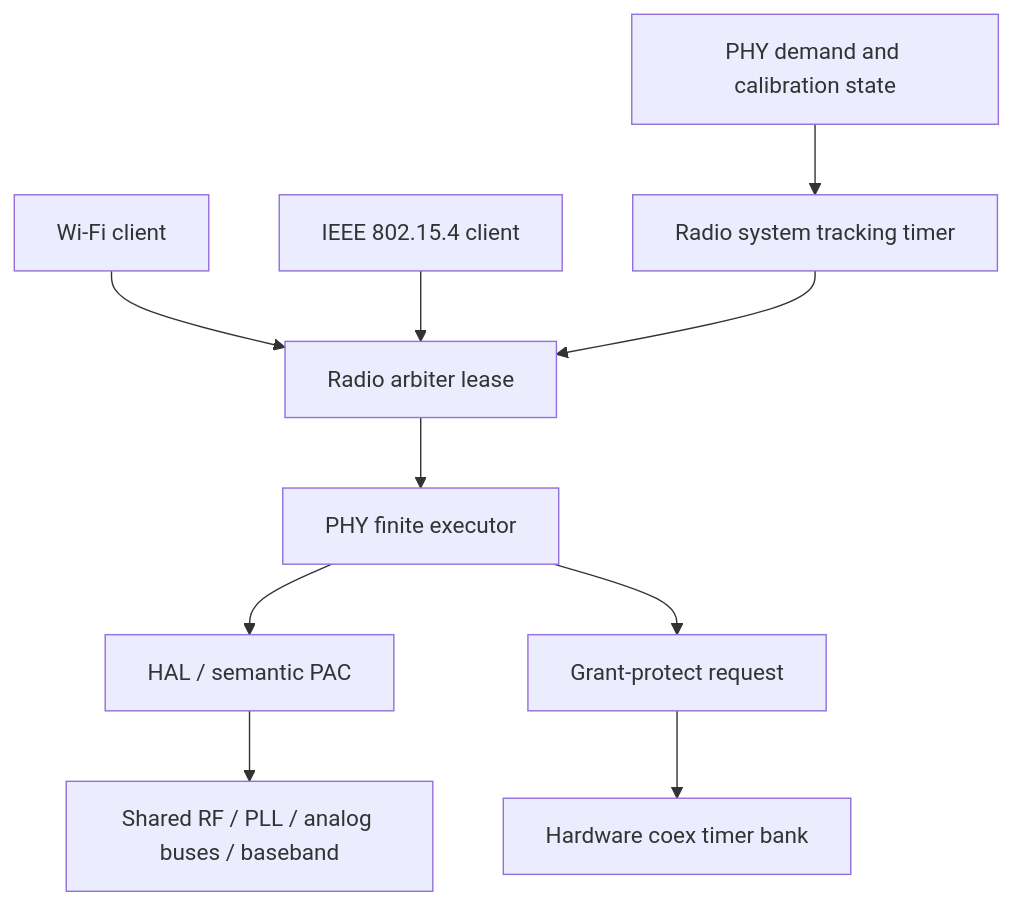
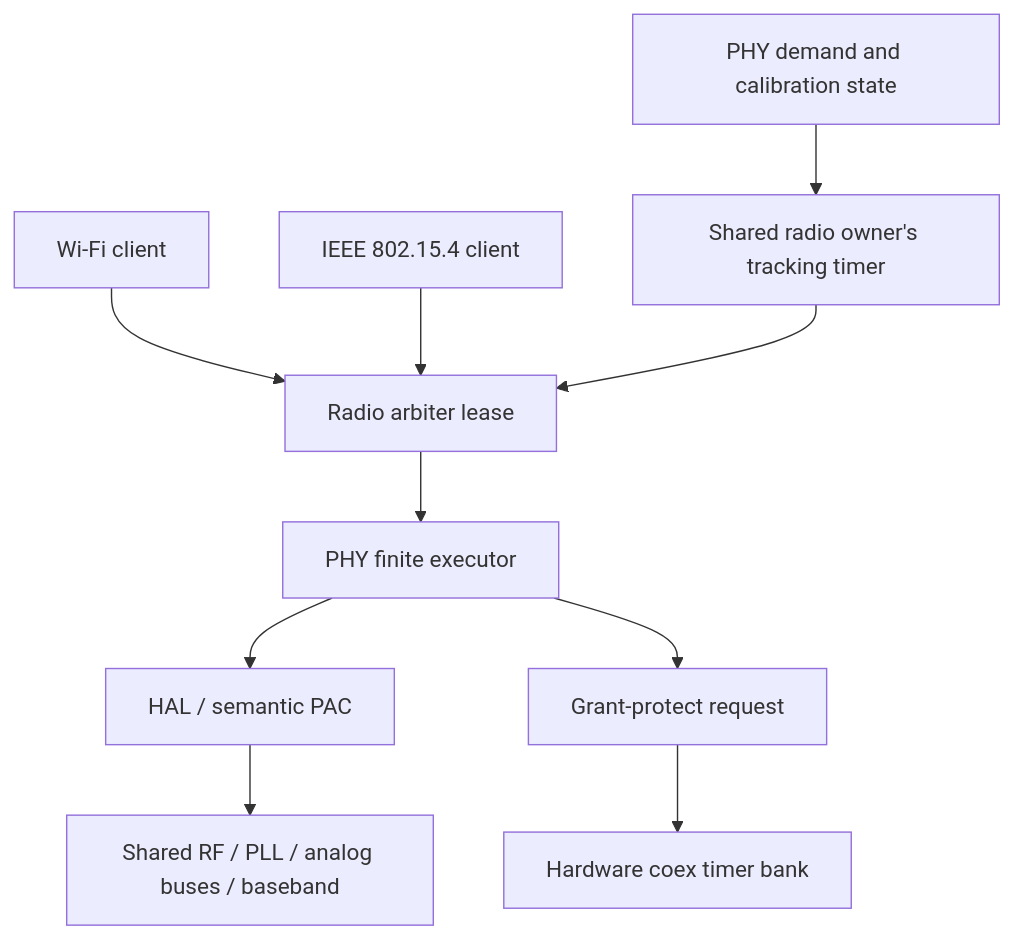
The second of 3 diagrams in crates/hardware/esp32s31/phy/README.md (ermacv/open-esp-radio-rs), drawn with Mermaid before and after one commit. The commit also changed 11 other files, not shown here.

Commit message:
docs: name the shared radio's owner instead of the removed radio system

````diff
--- a/crates/hardware/esp32s31/phy/README.md
+++ b/crates/hardware/esp32s31/phy/README.md
@@ -79,12 +79,12 @@
 ```mermaid
 flowchart TD
     W[Wi-Fi client] --> L[Radio arbiter lease]
     Z[IEEE 802.15.4 client] --> L
-    T[Radio system tracking timer] --> L
+    T[Shared radio owner's tracking timer] --> L
     P[PHY demand and calibration state] --> T
     L --> E[PHY finite executor]
     E --> H[HAL / semantic PAC]
     H --> RF[Shared RF / PLL / analog buses / baseband]
     E --> G[Grant-protect request]
     G --> C[Hardware coex timer bank]
 ```
````
